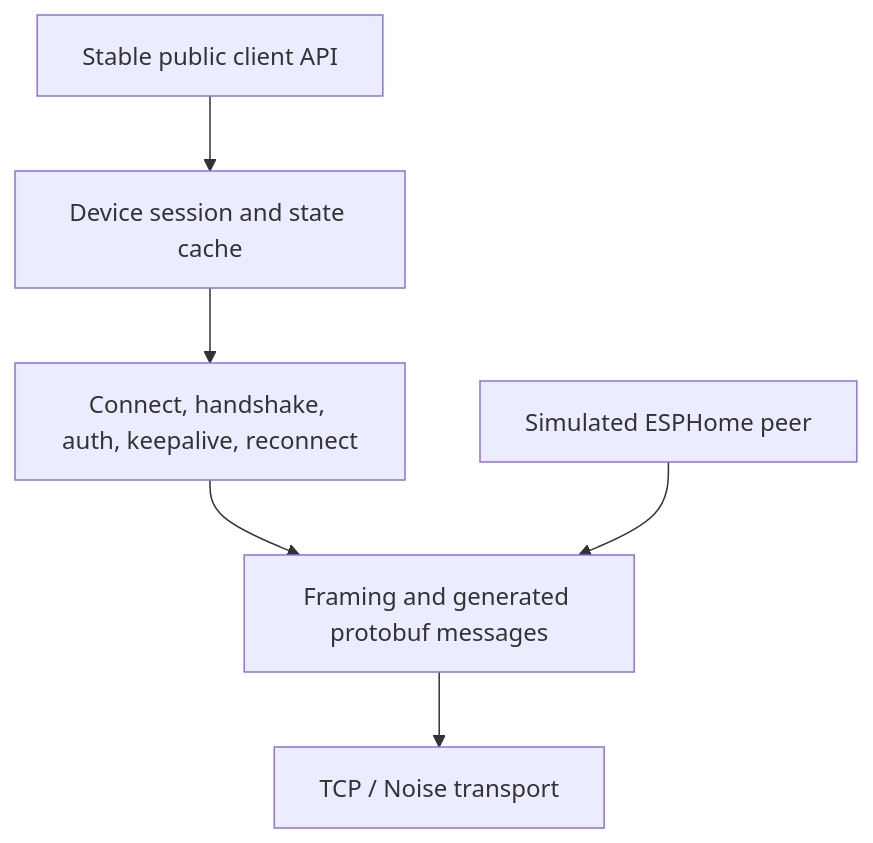
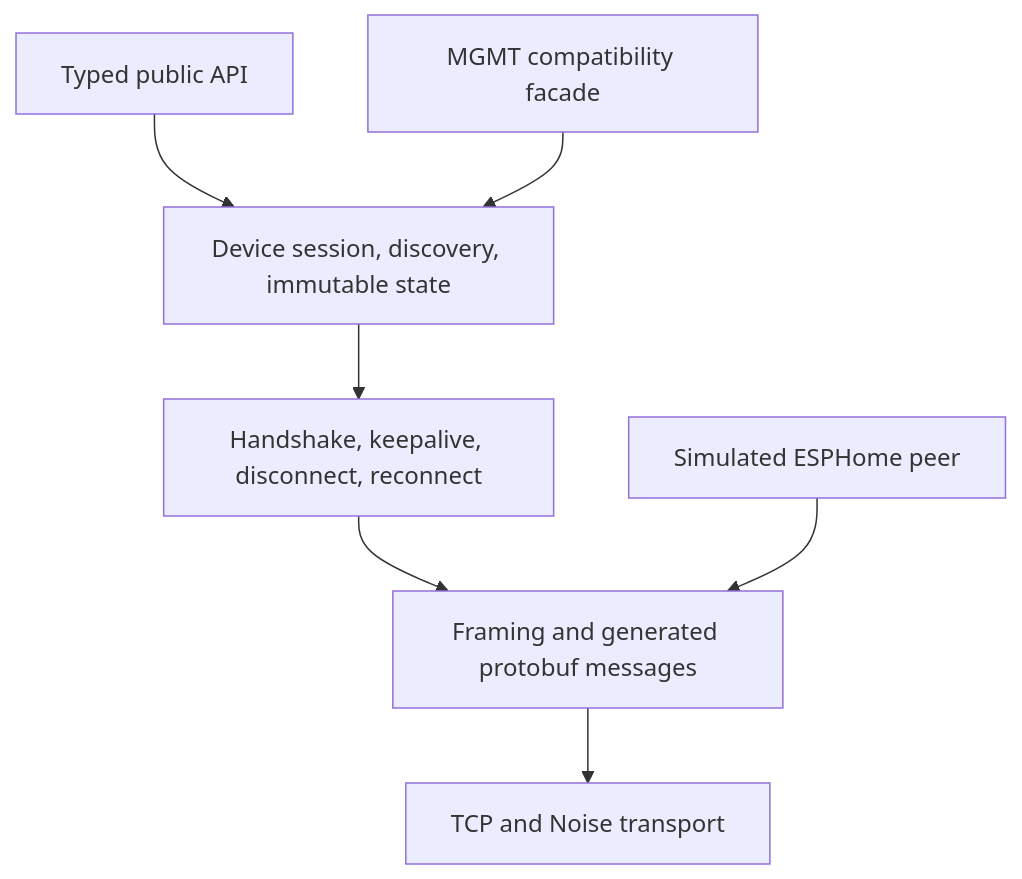
The diagram in docs/architecture.md (flavio-fernandes/go-aioesphomeapi), drawn with Mermaid before and after one commit. The commit also changed other lines of this file and 26 other files, not shown here.

Commit message:
docs: realign around MGMT compatibility

````diff
--- a/docs/architecture.md
+++ b/docs/architecture.md
@@ -11,12 +18,15 @@
 ```mermaid
 flowchart TB
-    Public["Stable public client API"]
-    Device["Device session and state cache"]
-    Lifecycle["Connect, handshake, auth, keepalive, reconnect"]
+    Typed["Typed public API"]
+    Compat["MGMT compatibility facade"]
+    Session["Device session, discovery, immutable state"]
+    Lifecycle["Handshake, keepalive, disconnect, reconnect"]
     Wire["Framing and generated protobuf messages"]
-    TCP["TCP / Noise transport"]
+    TCP["TCP and Noise transport"]
     Simulator["Simulated ESPHome peer"]
 
-    Public --> Device --> Lifecycle --> Wire --> TCP
+    Typed --> Session
+    Compat --> Session
+    Session --> Lifecycle --> Wire --> TCP
     Simulator --> Wire
 ```
````
